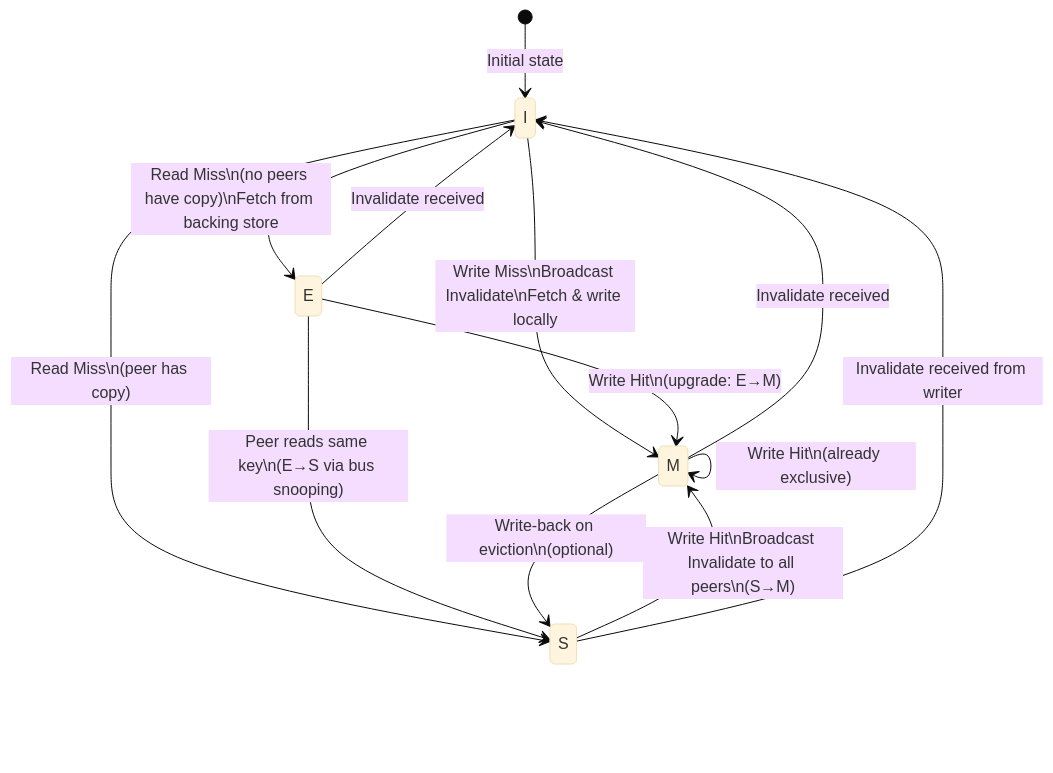
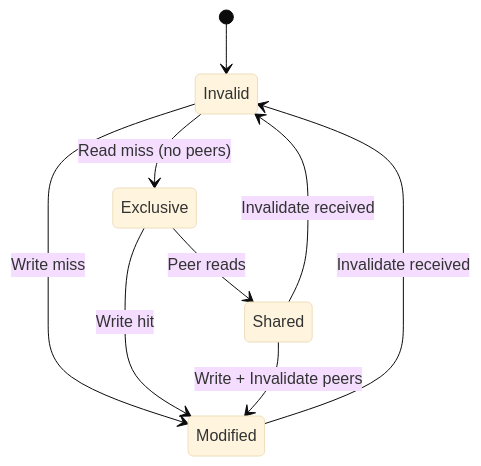
Before and after one commit to user312982/distributed-synchronization-system: the fourth of 5 diagrams in docs/architecture.md, drawn with Mermaid (base theme). The commit also changed other lines of this file and 5 other files, not shown here.

Commit message:
feat: add project demo script and update system architecture documentation, API configuration, and Grafana monitoring dashboards

````diff
--- a/docs/architecture.md
+++ b/docs/architecture.md
@@ -244,19 +92,16 @@
 ```mermaid
 stateDiagram-v2
-    [*] --> I : Initial state
+    I : Invalid
+    E : Exclusive
+    S : Shared
+    M : Modified
 
-    I --> E : Read Miss\n(no peers have copy)\nFetch from backing store
-    I --> S : Read Miss\n(peer has copy)
-    I --> M : Write Miss\nBroadcast Invalidate\nFetch & write locally
-
-    E --> M : Write Hit\n(upgrade: E→M)
-    E --> S : Peer reads same key\n(E→S via bus snooping)
-    E --> I : Invalidate received
-
-    S --> M : Write Hit\nBroadcast Invalidate to all peers\n(S→M)
-    S --> I : Invalidate received from writer
-
-    M --> M : Write Hit\n(already exclusive)
-    M --> S : Write-back on eviction\n(optional)
+    [*] --> I
+    I --> E : Read miss (no peers)
+    I --> M : Write miss
+    E --> M : Write hit
+    E --> S : Peer reads
+    S --> M : Write + Invalidate peers
+    S --> I : Invalidate received
     M --> I : Invalidate received
 ```
````
